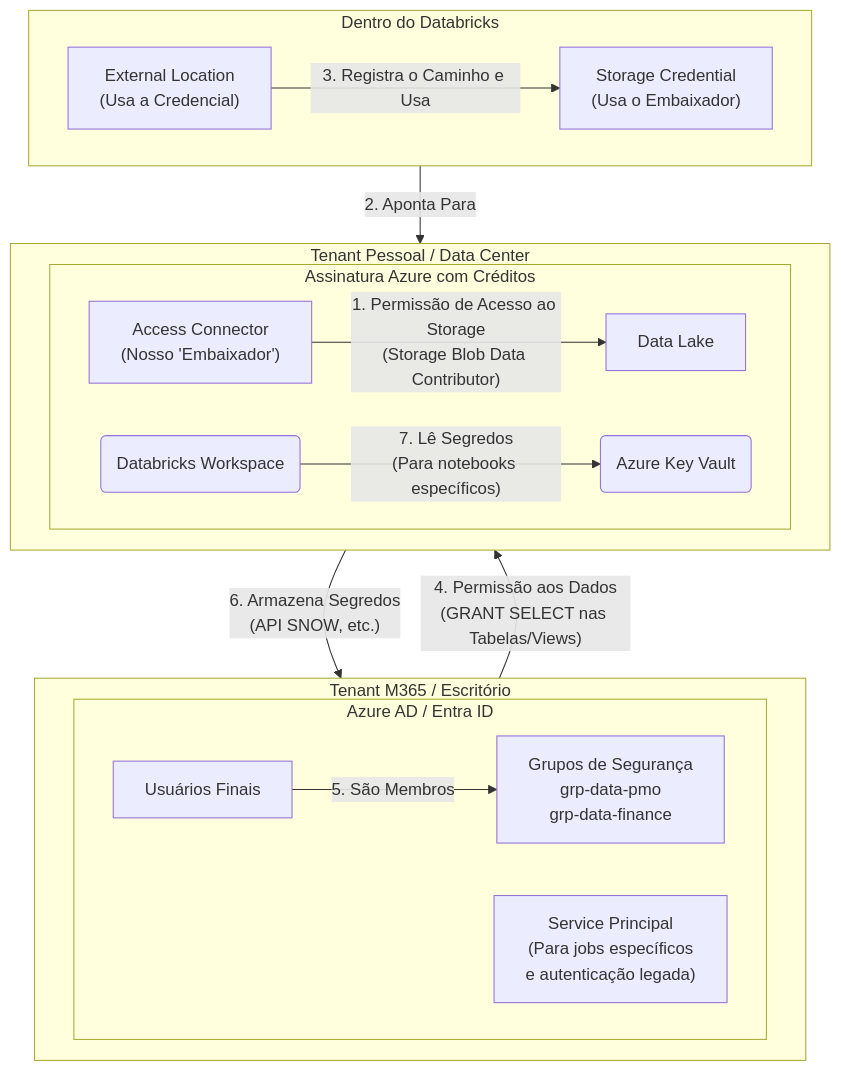
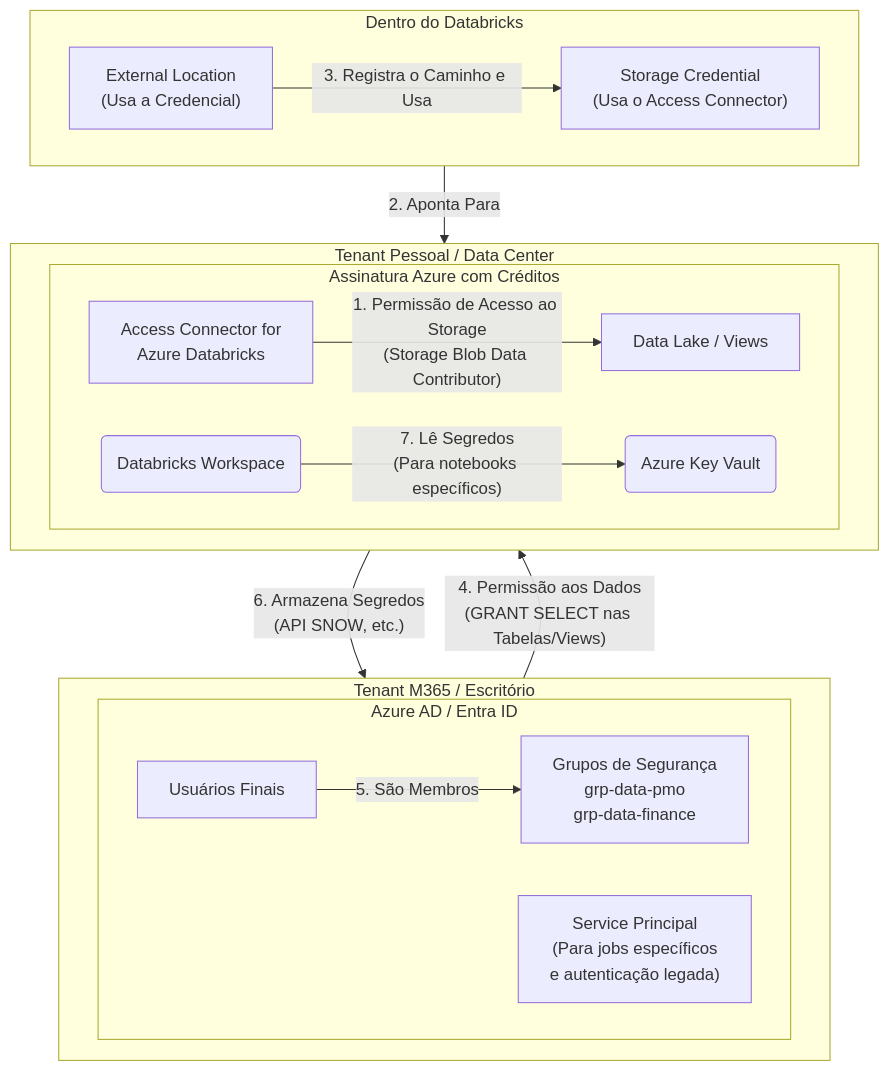
One commit to ribas28/projeto-dados-tasks_planner_snow changed the second of 3 diagrams in README.md. Above: the diagram before and after it, drawn with Mermaid.

Commit message:
Alterando readme com a nova arquitetura de segurança e adicionando o access conector ao bicep - fix textos

````diff
--- a/README.md
+++ b/README.md
@@ -53,40 +53,40 @@
 ```mermaid
 graph TD;
     subgraph Tenant_Pessoal [Tenant Pessoal / Data Center]
         direction LR
         subgraph Assinatura_Azure [Assinatura Azure com Créditos]
-            DataLake[Data Lake];
+            DataLake[Data Lake / Views];
             Databricks(Databricks Workspace);
             KeyVault(Azure Key Vault);
-            Connector["Access Connector<br/>(Nosso 'Embaixador')"];
+            Connector["Access Connector for<br/>Azure Databricks"];
         end
     end
 
     subgraph Tenant_M365 [Tenant M365 / Escritório]
         direction LR
         subgraph Azure_AD [Azure AD / Entra ID]
             Users[Usuários Finais];
             Groups[Grupos de Segurança<br/>grp-data-pmo<br/>grp-data-finance];
             SP["Service Principal<br/>(Para jobs específicos<br/>e autenticação legada)"];
         end
     end
     
     subgraph UnityCatalog [Dentro do Databricks]
         direction LR
-        Credencial["Storage Credential<br/>(Usa o Embaixador)"];
+        Credencial["Storage Credential<br/>(Usa o Access Connector)"];
         Localizacao["External Location<br/>(Usa a Credencial)"];
     end
 
     %% Fluxo de Permissões do Unity Catalog (O Novo Modelo)
     Connector -- "1. Permissão de Acesso ao Storage<br/>(Storage Blob Data Contributor)" --> DataLake;
     Credencial -- "2. Aponta Para" --> Connector;
     Localizacao -- "3. Registra o Caminho e Usa" --> Credencial;
     
     %% Fluxo de Permissões de Usuários
     Groups -- "4. Permissão aos Dados<br/>(GRANT SELECT nas Tabelas/Views)" --> Databricks;
     Users -- "5. São Membros" --> Groups;
 
     %% Fluxo de Segredos para outras automações
     KeyVault -- "6. Armazena Segredos<br/>(API SNOW, etc.)" --> SP;
     Databricks -- "7. Lê Segredos<br/>(Para notebooks específicos)" --> KeyVault;
 ```
````
